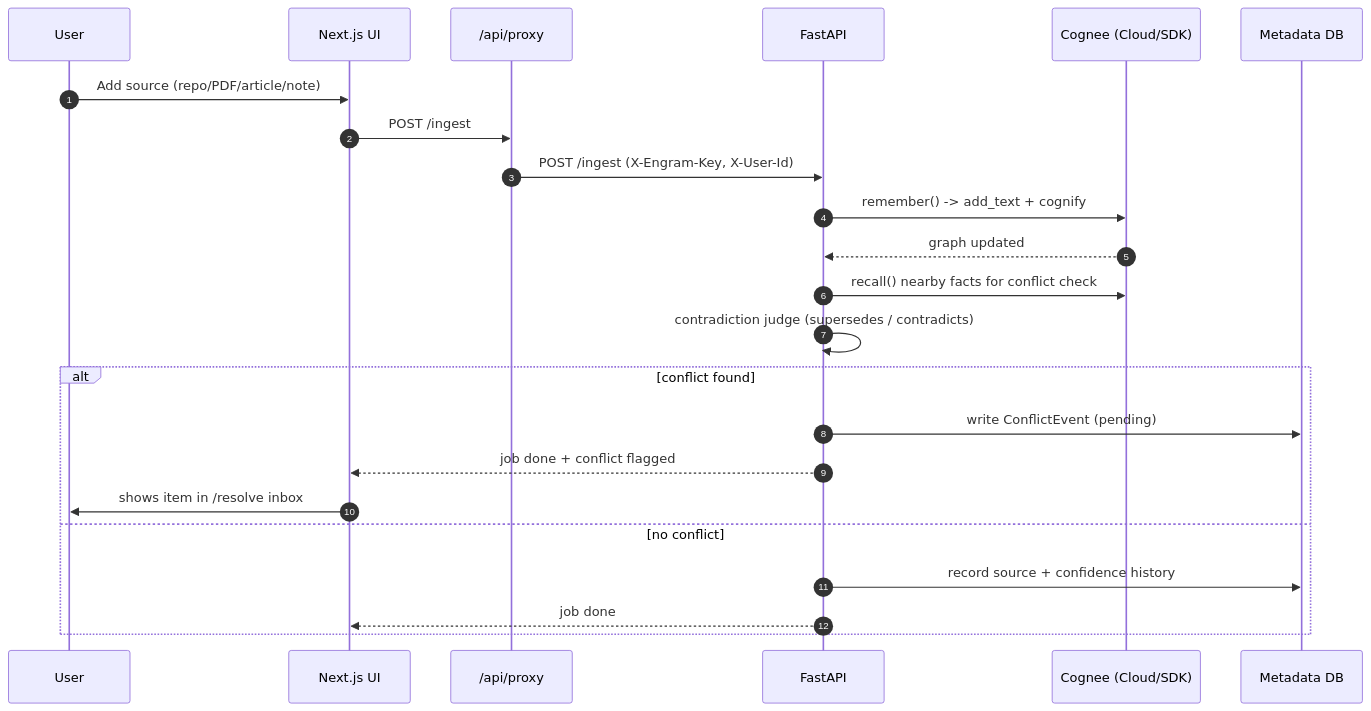
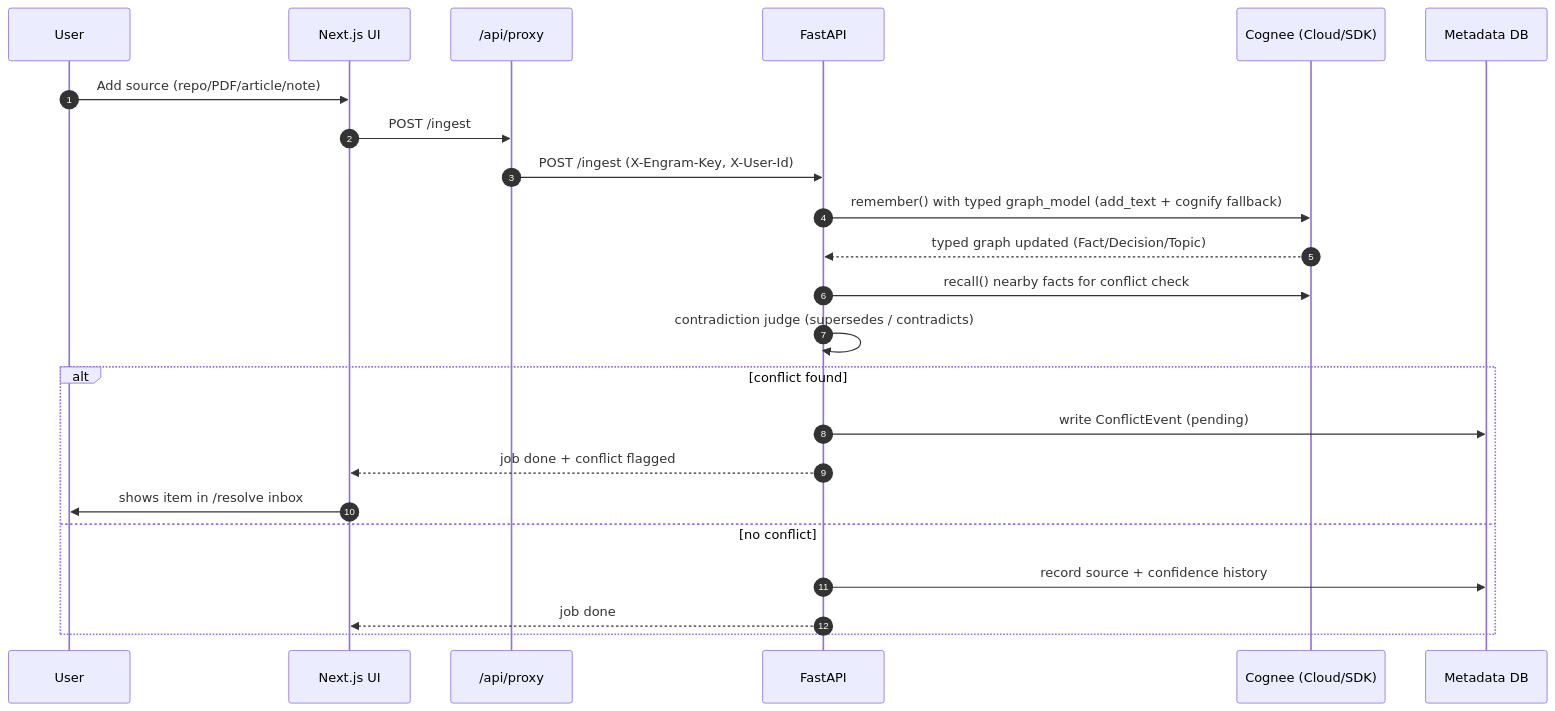
Before and after one commit to Aditya060806/Engram: the tenth of 16 diagrams in README.md, drawn with Mermaid. The commit also changed other lines of this file, not shown here.

Commit message:
docs(readme): weave typed extraction through mapping, comparison, data model; fix 8.1/8.2 order

````diff
--- a/README.md
+++ b/README.md
@@ -447,26 +450,26 @@
 ```mermaid
 sequenceDiagram
     autonumber
     participant U as User
     participant FE as Next.js UI
     participant PX as /api/proxy
     participant API as FastAPI
     participant CG as Cognee (Cloud/SDK)
     participant DB as Metadata DB
 
     U->>FE: Add source (repo/PDF/article/note)
     FE->>PX: POST /ingest
     PX->>API: POST /ingest (X-Engram-Key, X-User-Id)
-    API->>CG: remember() -> add_text + cognify
-    CG-->>API: graph updated
+    API->>CG: remember() with typed graph_model (add_text + cognify fallback)
+    CG-->>API: typed graph updated (Fact/Decision/Topic)
     API->>CG: recall() nearby facts for conflict check
     API->>API: contradiction judge (supersedes / contradicts)
     alt conflict found
         API->>DB: write ConflictEvent (pending)
         API-->>FE: job done + conflict flagged
         FE->>U: shows item in /resolve inbox
     else no conflict
         API->>DB: record source + confidence history
         API-->>FE: job done
     end
 ```
````
